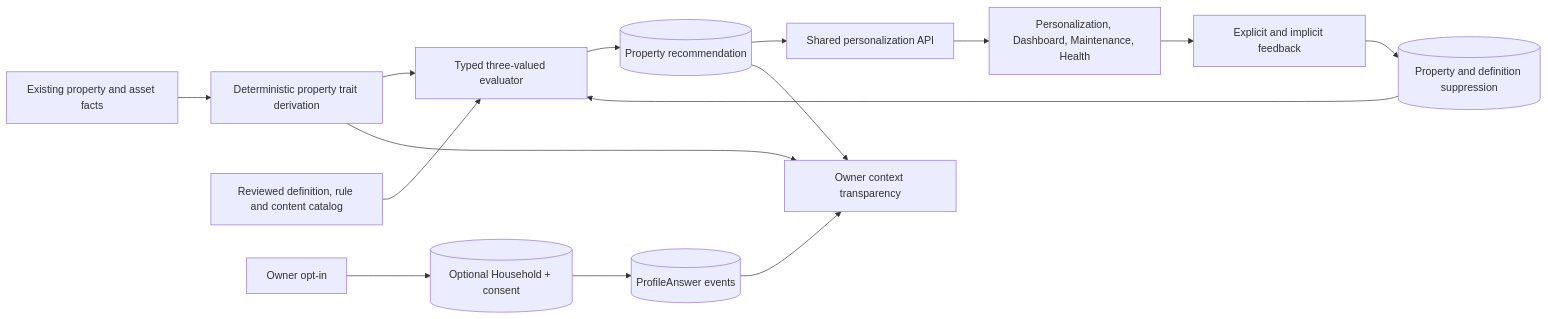
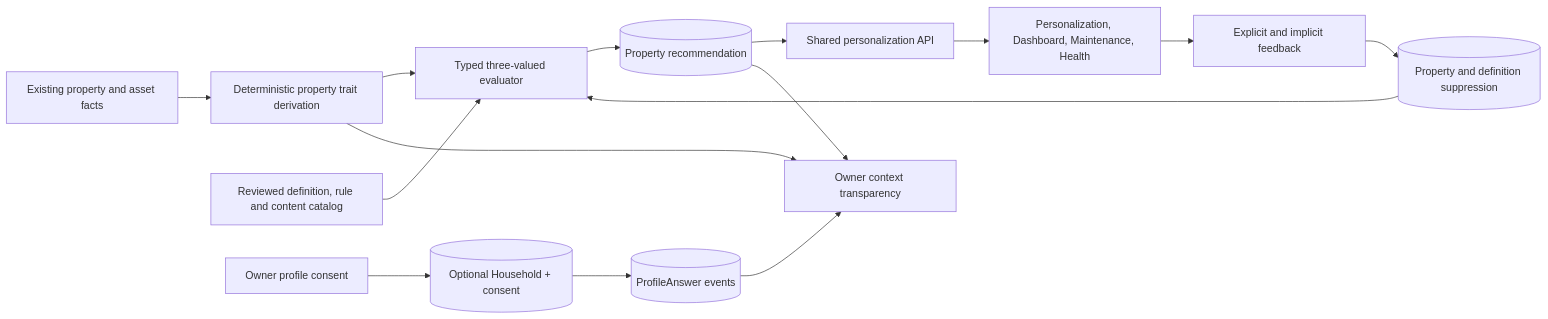
Before and after one commit to madhuboyin/contract-to-cozy1: the diagram in docs/personalization/04-target-architecture.md, drawn with Mermaid. The commit also changed other lines of this file and 20 other files, not shown here.

````diff
--- a/docs/personalization/04-target-architecture.md
+++ b/docs/personalization/04-target-architecture.md
@@ -11,18 +11,18 @@
 ```mermaid
 flowchart LR
   PD["Existing property and asset facts"] --> TD["Deterministic property trait derivation"]
   CAT["Reviewed definition, rule and content catalog"] --> EV["Typed three-valued evaluator"]
   TD --> EV
   EV --> REC[("Property recommendation")]
   REC --> API["Shared personalization API"]
   API --> UI["Personalization, Dashboard, Maintenance, Health"]
   UI --> FB["Explicit and implicit feedback"]
   FB --> SUP[("Property and definition suppression")]
   SUP --> EV
 
-  OWNER["Owner opt-in"] --> HH[("Optional Household + consent")]
+  OWNER["Owner profile consent"] --> HH[("Optional Household + consent")]
   HH --> PA[("ProfileAnswer events")]
   PA --> MAP["Owner context transparency"]
   TD --> MAP
   REC --> MAP
 ```
````
